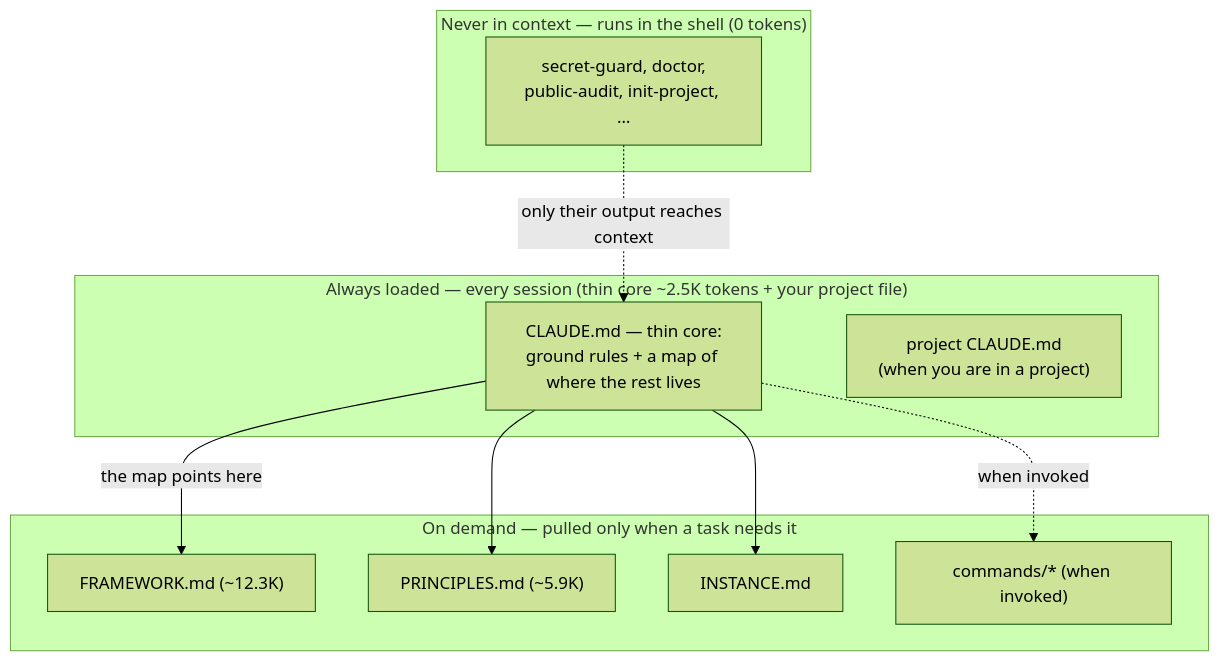
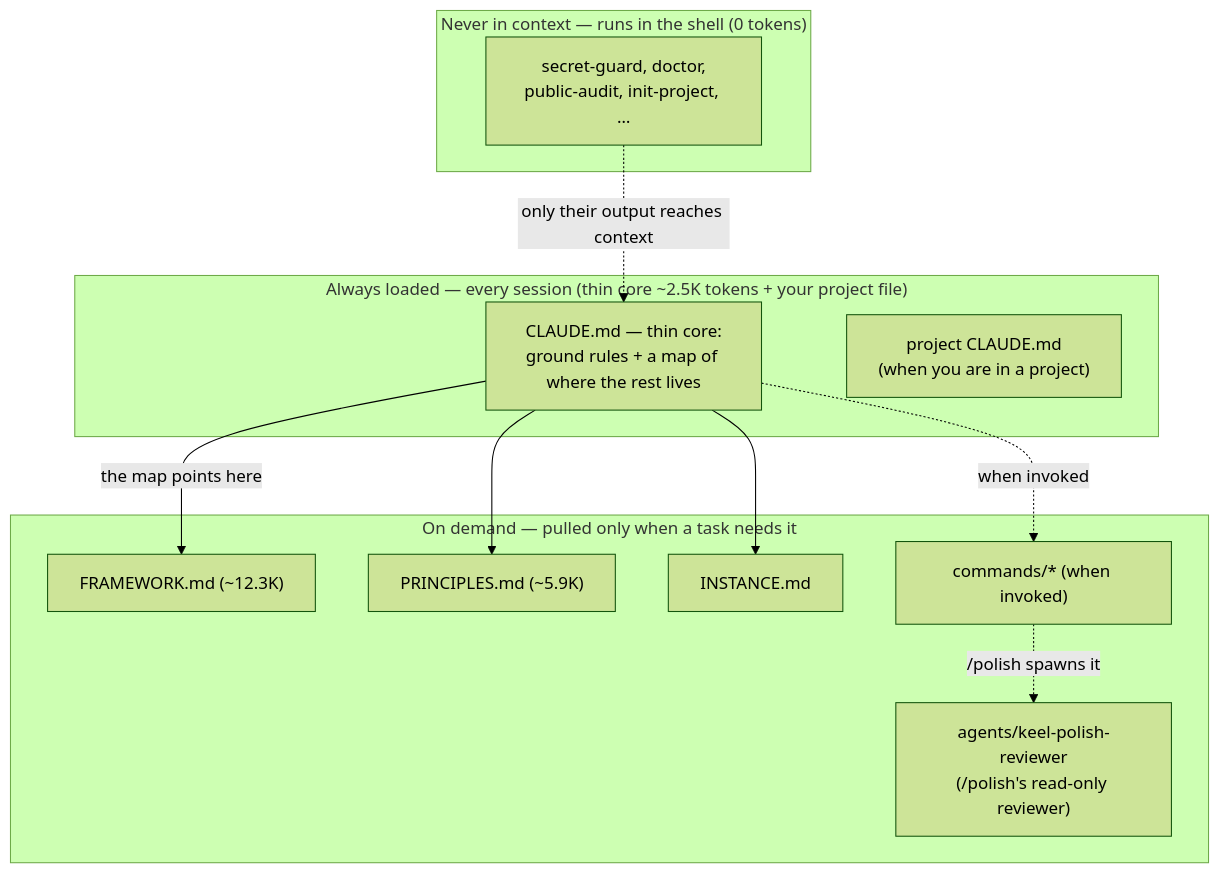
Before and after one commit to rockerlabs/keel: the diagram in README.md, drawn with Mermaid (forest theme). The commit also changed 17 other files, not shown here.

First line of the commit message:
Ship and wire the read-only /polish review agent (dir #413, slice 1)

````diff
--- a/README.md
+++ b/README.md
@@ -125,21 +125,23 @@
 ```mermaid
 flowchart TD
     subgraph always["Always loaded — every session (thin core ~2.5K tokens + your project file)"]
         core["CLAUDE.md — thin core:<br/>ground rules + a map of where the rest lives"]
         proj["project CLAUDE.md<br/>(when you are in a project)"]
     end
     subgraph demand["On demand — pulled only when a task needs it"]
         fw["FRAMEWORK.md (~12.3K)"]
         prin["PRINCIPLES.md (~5.9K)"]
         inst["INSTANCE.md"]
         cmd["commands/* (when invoked)"]
+        agents["agents/keel-polish-reviewer<br/>(/polish's read-only reviewer)"]
     end
     subgraph never["Never in context — runs in the shell (0 tokens)"]
         tools["secret-guard, doctor,<br/>public-audit, init-project, …"]
     end
     core -->|the map points here| fw
     core --> prin
     core --> inst
     core -.->|when invoked| cmd
+    cmd -.->|/polish spawns it| agents
     tools -.->|only their output reaches context| core
 ```
````
